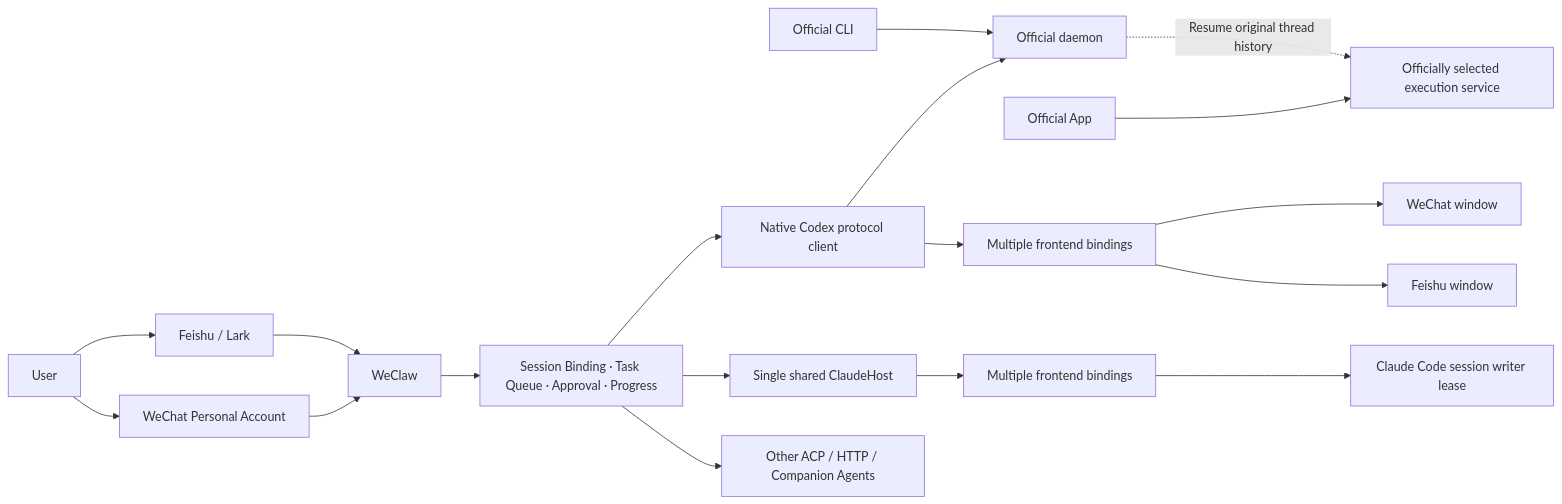
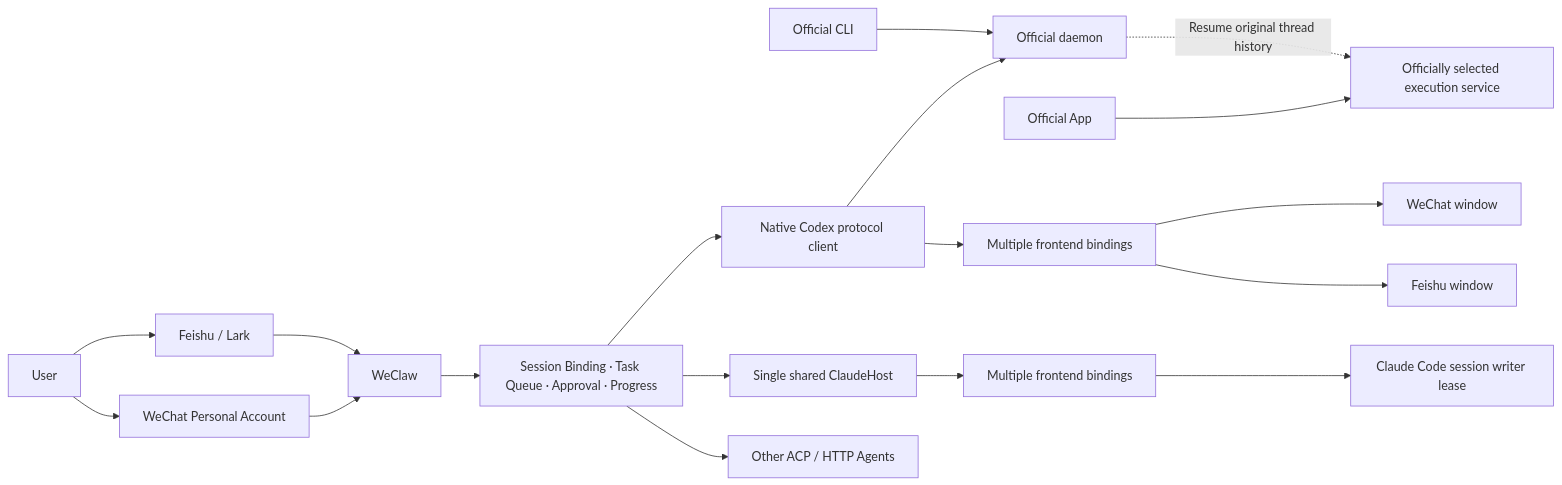
One commit to TingRuDeng/weclaw changed the diagram in README.md. Above: the diagram before and after it, drawn with Mermaid. The commit also changed other lines of this file and 34 other files, not shown here.

````diff
--- a/README.md
+++ b/README.md
@@ -209,20 +209,20 @@
 ```mermaid
 flowchart LR
     User[User] --> WeChat[WeChat Personal Account]
     User --> Feishu[Feishu / Lark]
     WeChat --> Bridge[WeClaw]
     Feishu --> Bridge
     Bridge --> Core[Session Binding · Task Queue · Approval · Progress]
     Core --> Codex[Native Codex protocol client]
     Codex --> Daemon[Official daemon]
     CLI[Official CLI] --> Daemon
     App[Official App] --> AppHost[Officially selected execution service]
     Daemon -. Resume original thread history .-> AppHost
     Core --> Claude[Single shared ClaudeHost]
-    Core --> Other[Other ACP / HTTP / Companion Agents]
+    Core --> Other[Other ACP / HTTP Agents]
     Codex --> Bindings[Multiple frontend bindings]
     Bindings --> WeChatClient[WeChat window]
     Bindings --> FeishuClient[Feishu window]
     Claude --> ClaudeBindings[Multiple frontend bindings]
     ClaudeBindings --> Session[Claude Code session writer lease]
 ```
````
